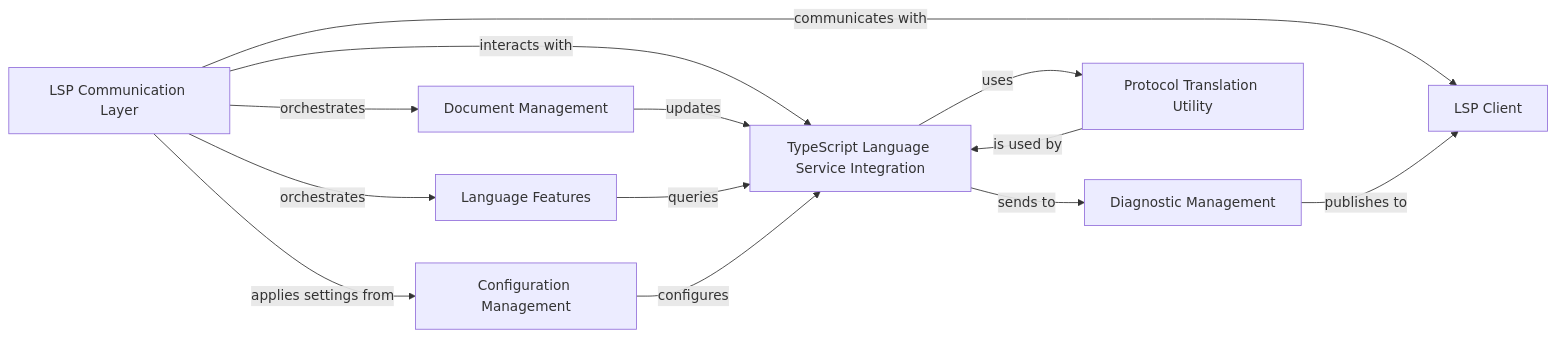
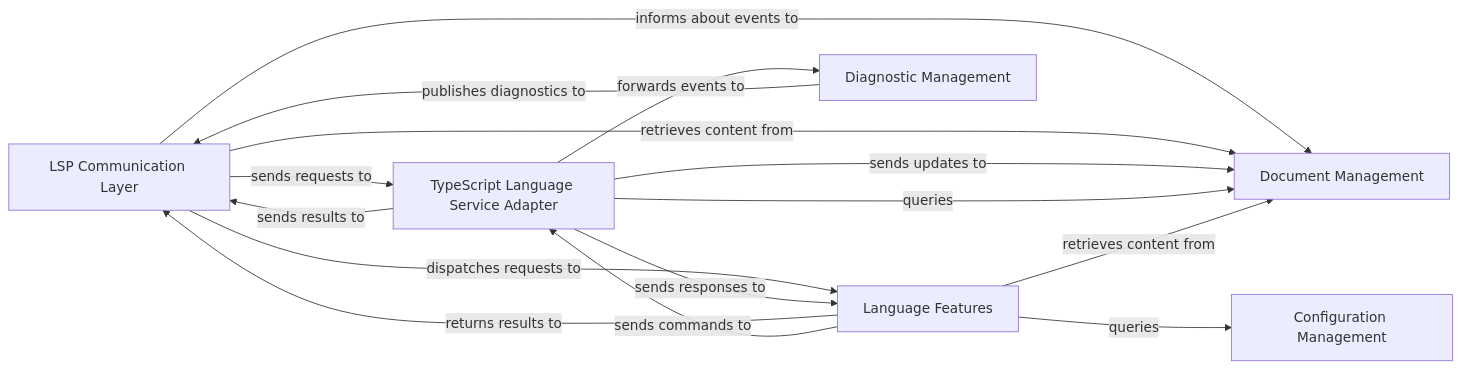
Before and after one commit to CodeBoarding/GeneratedOnBoardings: the diagram in typescript-language-server/on_boarding.md, drawn with Mermaid. The commit also changed other lines of this file, not shown here.

Commit message:
Uploading onboarding materials for typescript-language-server

````diff
--- a/typescript-language-server/on_boarding.md
+++ b/typescript-language-server/on_boarding.md
@@ -1,23 +1,23 @@
 ```mermaid
 graph LR
     LSP_Communication_Layer["LSP Communication Layer"]
-    LSP_Client["LSP Client"]
+    TypeScript_Language_Service_Adapter["TypeScript Language Service Adapter"]
     Document_Management["Document Management"]
-    TypeScript_Language_Service_Integration["TypeScript Language Service Integration"]
     Language_Features["Language Features"]
+    Diagnostic_Management["Diagnostic Management"]
     Configuration_Management["Configuration Management"]
-    Diagnostic_Management["Diagnostic Management"]
-    Protocol_Translation_Utility["Protocol Translation Utility"]
-    LSP_Communication_Layer -- "communicates with" --> LSP_Client
-    LSP_Communication_Layer -- "orchestrates" --> Document_Management
-    LSP_Communication_Layer -- "orchestrates" --> Language_Features
-    LSP_Communication_Layer -- "applies settings from" --> Configuration_Management
-    LSP_Communication_Layer -- "interacts with" --> TypeScript_Language_Service_Integration
-    Document_Management -- "updates" --> TypeScript_Language_Service_Integration
-    Language_Features -- "queries" --> TypeScript_Language_Service_Integration
-    Configuration_Management -- "configures" --> TypeScript_Language_Service_Integration
-    TypeScript_Language_Service_Integration -- "sends to" --> Diagnostic_Management
-    TypeScript_Language_Service_Integration -- "uses" --> Protocol_Translation_Utility
-    Diagnostic_Management -- "publishes to" --> LSP_Client
-    Protocol_Translation_Utility -- "is used by" --> TypeScript_Language_Service_Integration
+    LSP_Communication_Layer -- "sends requests to" --> TypeScript_Language_Service_Adapter
+    TypeScript_Language_Service_Adapter -- "sends results to" --> LSP_Communication_Layer
+    LSP_Communication_Layer -- "dispatches requests to" --> Language_Features
+    Language_Features -- "returns results to" --> LSP_Communication_Layer
+    LSP_Communication_Layer -- "informs about events to" --> Document_Management
+    LSP_Communication_Layer -- "retrieves content from" --> Document_Management
+    TypeScript_Language_Service_Adapter -- "sends updates to" --> Document_Management
+    TypeScript_Language_Service_Adapter -- "queries" --> Document_Management
+    Language_Features -- "sends commands to" --> TypeScript_Language_Service_Adapter
+    TypeScript_Language_Service_Adapter -- "sends responses to" --> Language_Features
+    Language_Features -- "retrieves content from" --> Document_Management
+    Language_Features -- "queries" --> Configuration_Management
+    TypeScript_Language_Service_Adapter -- "forwards events to" --> Diagnostic_Management
+    Diagnostic_Management -- "publishes diagnostics to" --> LSP_Communication_Layer
 ```
````
